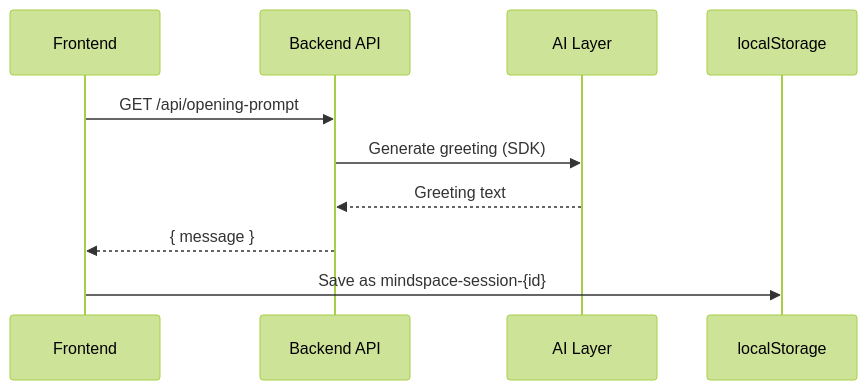
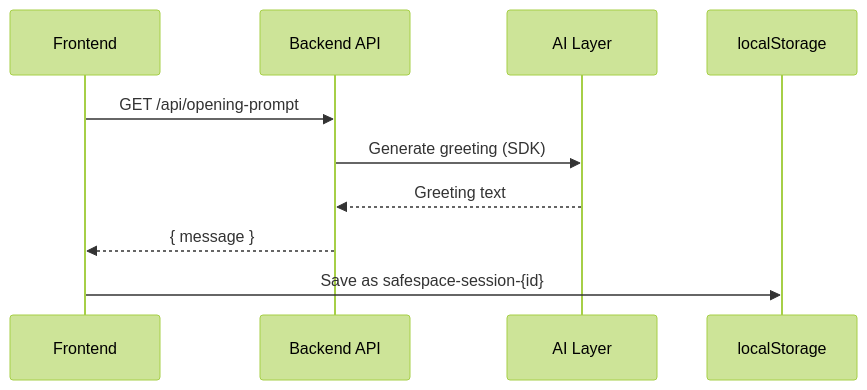
The fourth of 8 diagrams in safespace_system_design.md (Dhrithi432/panw-hackathon-journal-casestudy), drawn with Mermaid (forest theme) before and after one commit. The commit also changed other lines of this file, not shown here.

````diff
--- a/safespace_system_design.md
+++ b/safespace_system_design.md
@@ -86,13 +86,13 @@
 ```mermaid
 sequenceDiagram
     participant FE as Frontend
     participant BE as Backend API
     participant AI as AI Layer
     participant LS as localStorage
 
     FE->>BE: GET /api/opening-prompt
     BE->>AI: Generate greeting (SDK)
     AI-->>BE: Greeting text
     BE-->>FE: { message }
-    FE->>LS: Save as mindspace-session-{id}
+    FE->>LS: Save as safespace-session-{id}
 ```
````
